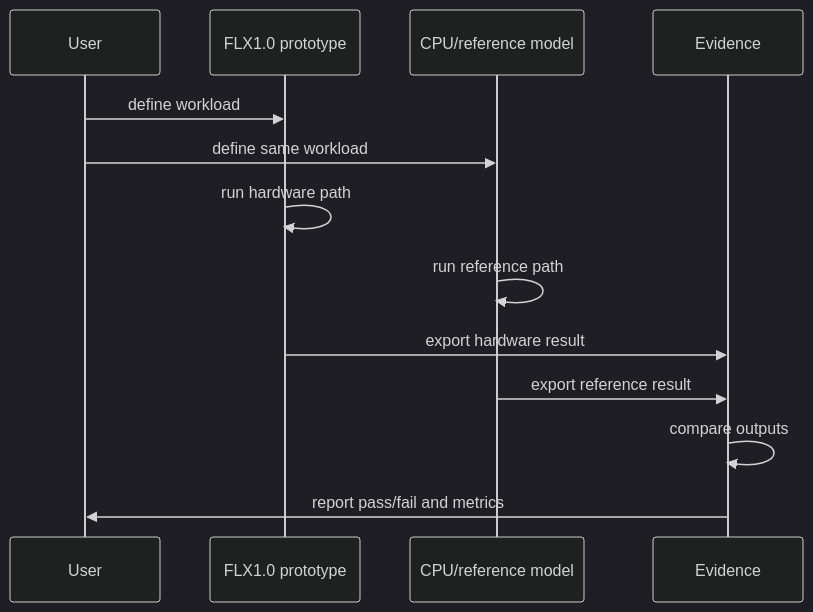
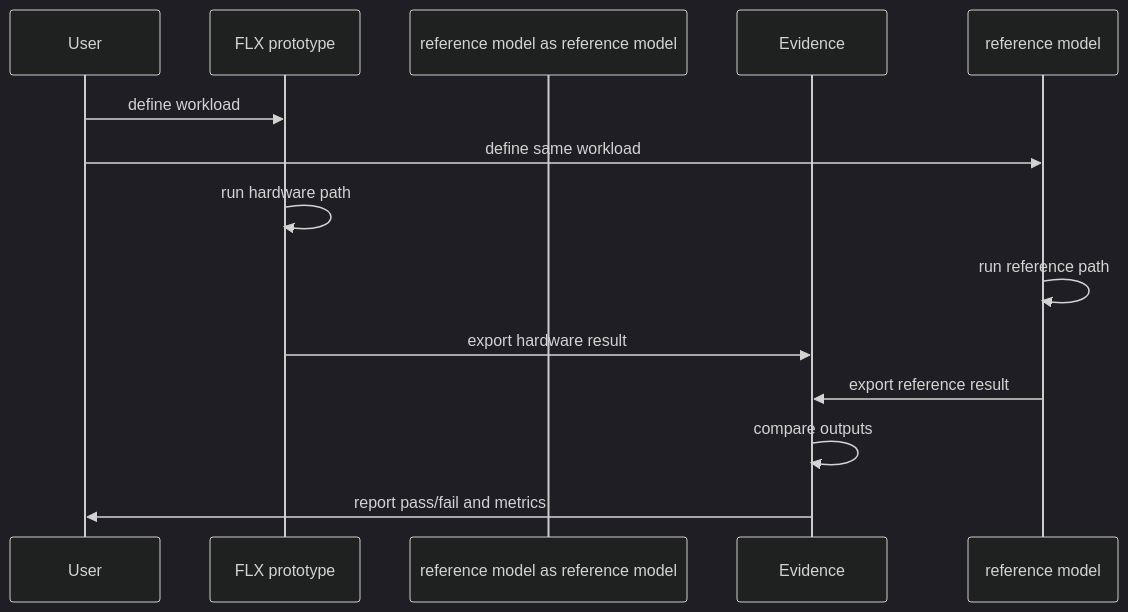
One commit to Martin123132/FLX1.0 changed the second of 2 diagrams in ARCHITECTURE_OVERVIEW.md. Above: the diagram before and after it, drawn with Mermaid (dark theme). The commit also changed other lines of this file and 468 other files, not shown here.

Commit message:
Update FLX1.0 evidence pack with approved 20260608 media and runs

````diff
--- a/ARCHITECTURE_OVERVIEW.md
+++ b/ARCHITECTURE_OVERVIEW.md
@@ -36,16 +34,16 @@
 ```mermaid
 sequenceDiagram
     participant User
-    participant Fabric as FLX1.0 prototype
-    participant REF as CPU/reference model
+    participant FLX as FLX prototype
+    participant reference model as reference model
     participant Evidence
 
-    User->>Fabric: define workload
-    User->>REF: define same workload
-    Fabric->>Fabric: run hardware path
-    REF->>REF: run reference path
-    Fabric->>Evidence: export hardware result
-    REF->>Evidence: export reference result
+    User->>FLX: define workload
+    User->>reference model: define same workload
+    FLX->>FLX: run hardware path
+    reference model->>reference model: run reference path
+    FLX->>Evidence: export hardware result
+    reference model->>Evidence: export reference result
     Evidence->>Evidence: compare outputs
     Evidence->>User: report pass/fail and metrics
 ```
````
